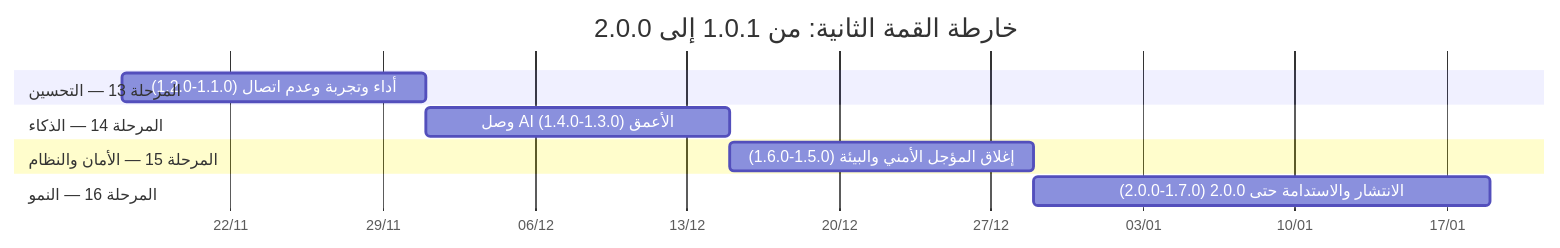
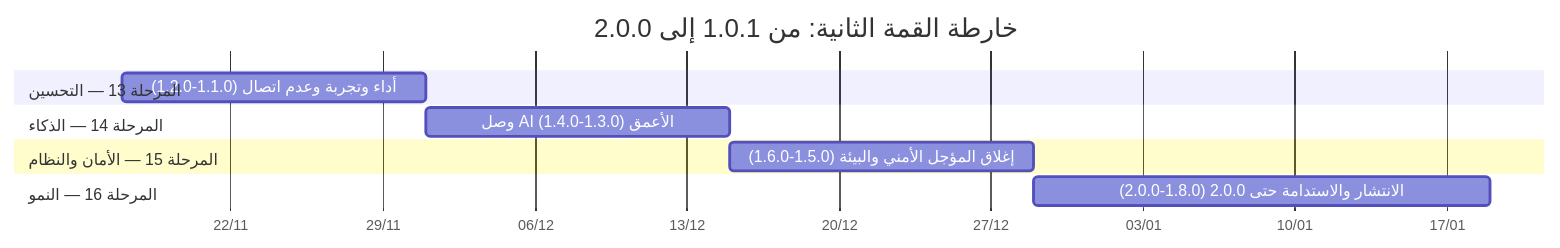
Before and after one commit to CTO-DRS/waslchat: the diagram in docs/GRAND_PLAN_2.md, drawn with Mermaid. The commit also changed other lines of this file and 17 other files, not shown here.

````diff
--- a/docs/GRAND_PLAN_2.md
+++ b/docs/GRAND_PLAN_2.md
@@ -88,14 +88,14 @@
 ```mermaid
 gantt
   title خارطة القمة الثانية: من 1.0.1 إلى 2.0.0
   dateFormat YYYY-MM-DD
   axisFormat %d/%m
   section المرحلة 13 — التحسين
   أداء وتجربة وعدم اتصال (1.1.0-1.2.0) :m13, 2026-11-17, 14d
   section المرحلة 14 — الذكاء
   وصل AI الأعمق (1.3.0-1.4.0) :m14, after m13, 14d
   section المرحلة 15 — الأمان والنظام
   إغلاق المؤجل الأمني والبيئة (1.5.0-1.6.0) :m15, after m14, 14d
   section المرحلة 16 — النمو
-  الانتشار والاستدامة حتى 2.0.0 (1.7.0-2.0.0) :m16, after m15, 21d
+  الانتشار والاستدامة حتى 2.0.0 (1.8.0-2.0.0) :m16, after m15, 21d
 ```
````
